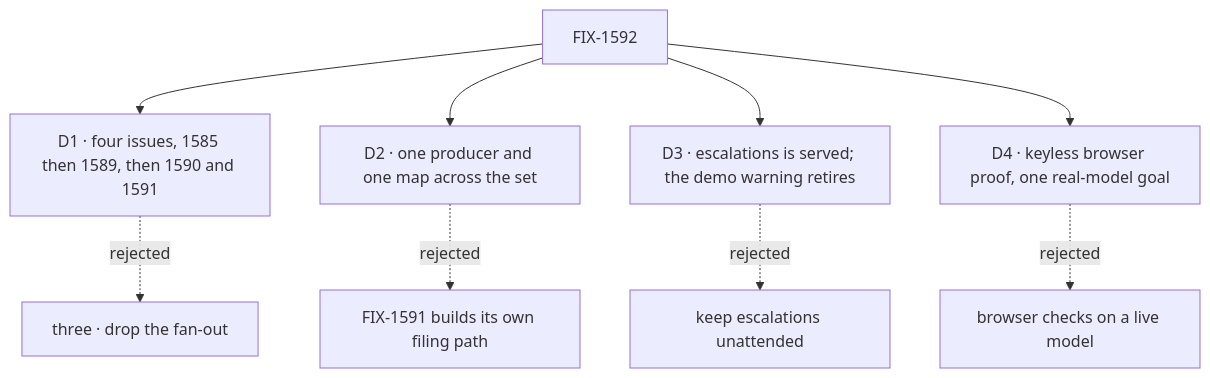
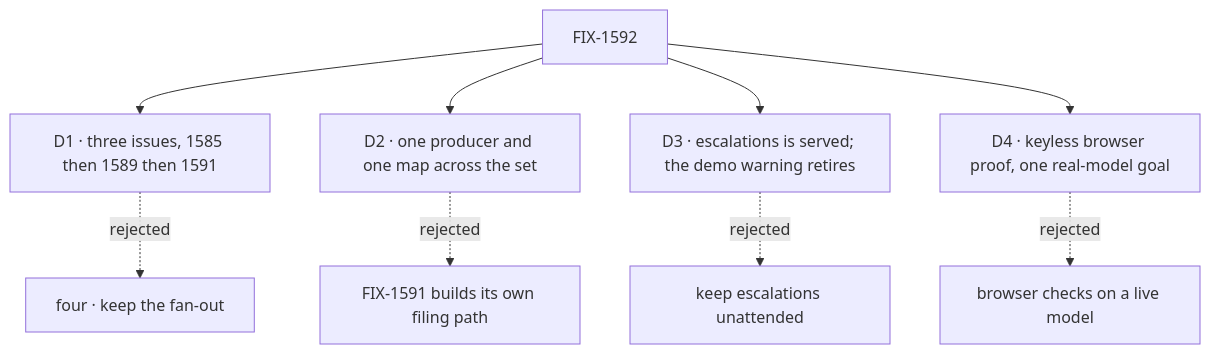
Before and after one commit to fixpoint-labs/flow-state-dev: the diagram in specs/epics/FIX-1592/DECISIONS.md, drawn with Mermaid. The commit also changed other lines of this file and 8 other files, not shown here.

````diff
--- a/specs/epics/FIX-1592/DECISIONS.md
+++ b/specs/epics/FIX-1592/DECISIONS.md
@@ -12,11 +12,11 @@
 ```mermaid
 flowchart TD
-  E["FIX-1592"] --> D1["D1 · four issues, 1585 then 1589, then 1590 and 1591"]
-  D1 -.->|"rejected"| X1["three · drop the fan-out"]
+  E["FIX-1592"] --> D1["D1 · three issues, 1585 then 1589 then 1591"]
+  D1 -.->|"rejected"| X1["four · keep the fan-out"]
   E --> D2["D2 · one producer and one map across the set"]
   D2 -.->|"rejected"| X2["FIX-1591 builds its own filing path"]
   E --> D3["D3 · escalations is served; the demo warning retires"]
   D3 -.->|"rejected"| X3["keep escalations unattended"]
   E --> D4["D4 · keyless browser proof, one real-model goal"]
   D4 -.->|"rejected"| X4["browser checks on a live model"]
 ```
````
